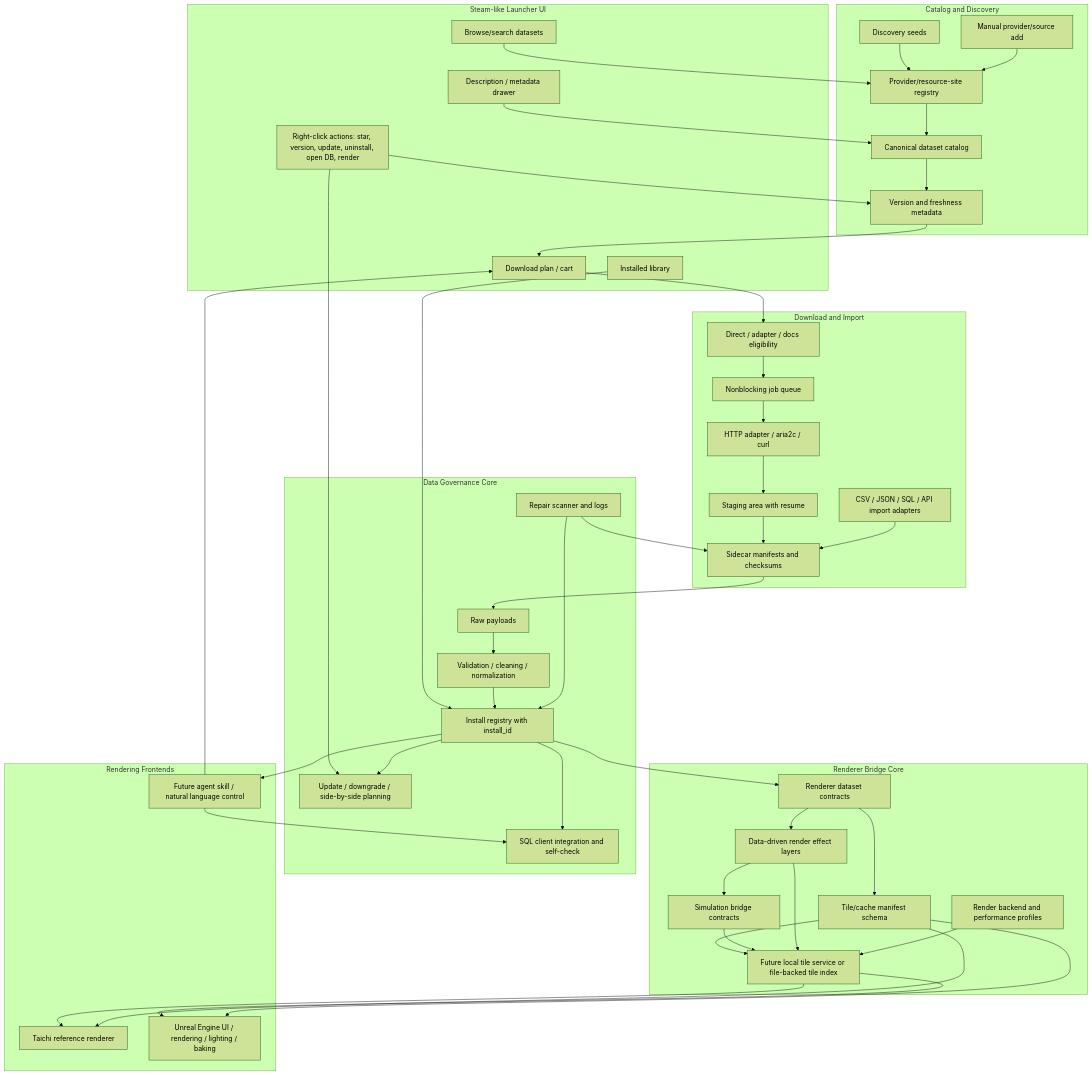
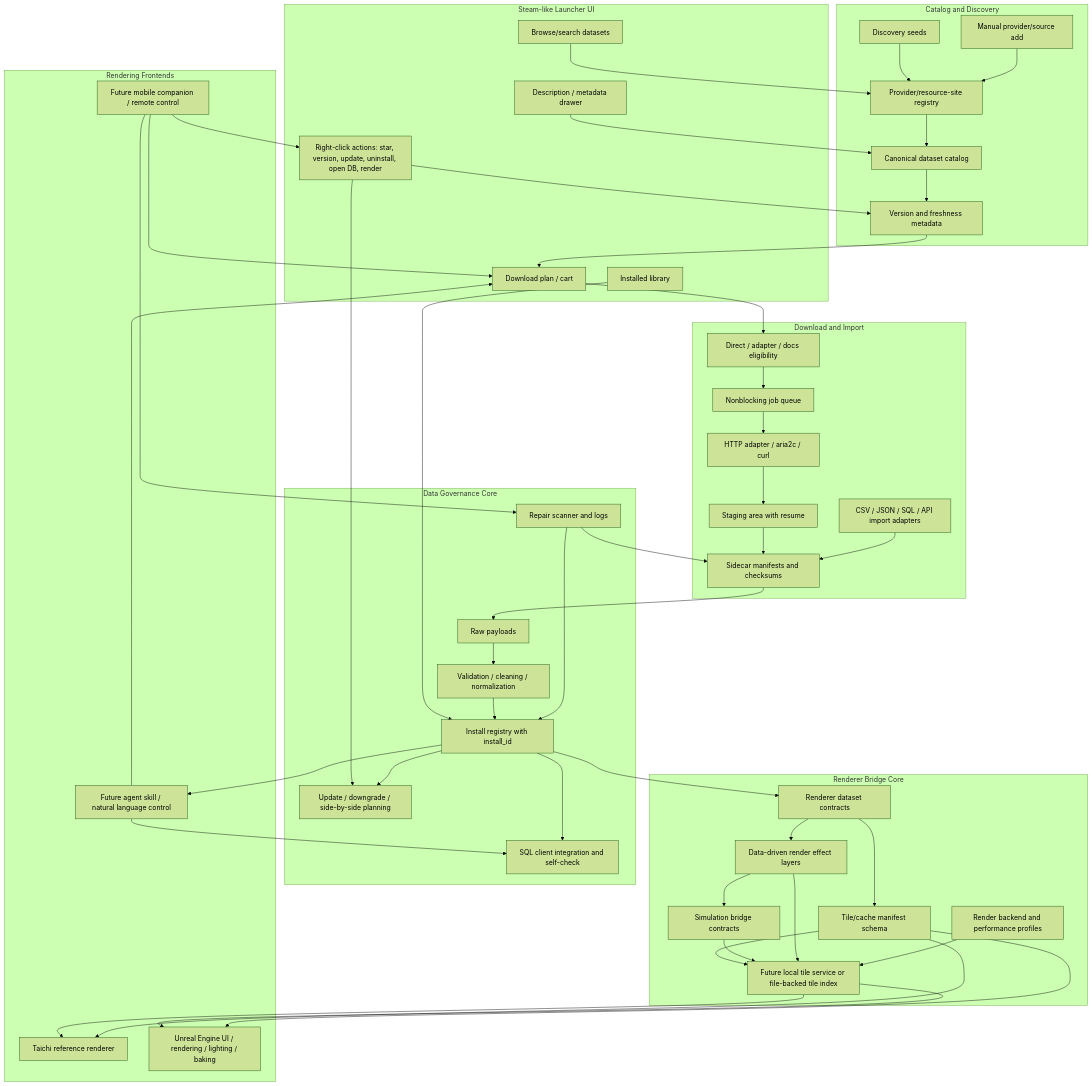
The diagram in docs/ARCHITECTURE.md (YanAnnLu/APIkeys_collection), drawn with Mermaid (forest theme) before and after one commit. The commit also changed other lines of this file and 5 other files, not shown here.

Commit message:
Record mobile companion app direction

````diff
--- a/docs/ARCHITECTURE.md
+++ b/docs/ARCHITECTURE.md
@@ -64,6 +64,7 @@
         Taichi[Taichi reference renderer]
         Unreal[Unreal Engine UI / rendering / lighting / baking]
         Agents[Future agent skill / natural language control]
+        Mobile[Future mobile companion / remote control]
     end
 
     Browse --> Providers
@@ -108,4 +109,7 @@
     Install --> Agents
     Agents --> Cart
     Agents --> SQL
+    Mobile --> Actions
+    Mobile --> Cart
+    Mobile --> Repair
 ```
````
